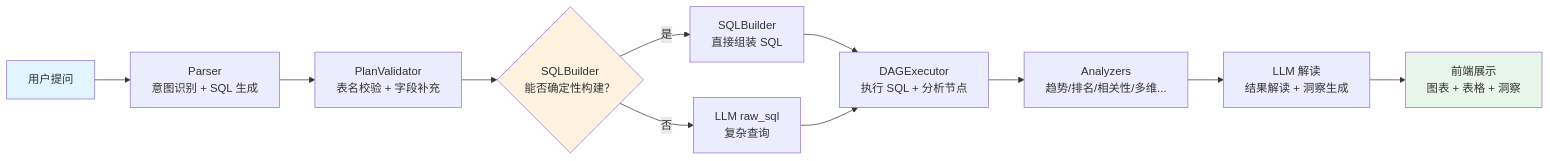
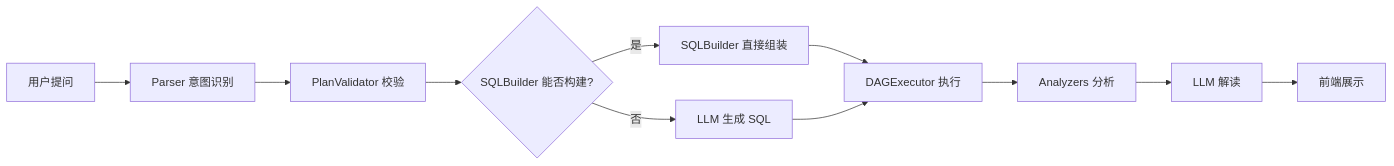
One commit to laiyanwan185-debug/chatbi-agent changed the diagram in README.md. Above: the diagram before and after it, drawn with Mermaid.

Commit message:
fix: 修复 Mermaid 架构图渲染问题

````diff
--- a/README.md
+++ b/README.md
@@ -78,17 +78,13 @@
 ```mermaid
 graph LR
-    A["用户提问"] --> B["Parser<br/>意图识别 + SQL 生成"]
-    B --> C["PlanValidator<br/>表名校验 + 字段补充"]
-    C --> D{"SQLBuilder<br/>能否确定性构建？"}
-    D -->|是| E["SQLBuilder<br/>直接组装 SQL"]
-    D -->|否| F["LLM raw_sql<br/>复杂查询"]
-    E --> G["DAGExecutor<br/>执行 SQL + 分析节点"]
+    A[用户提问] --> B[Parser 意图识别]
+    B --> C[PlanValidator 校验]
+    C --> D{SQLBuilder 能否构建?}
+    D -->|是| E[SQLBuilder 直接组装]
+    D -->|否| F[LLM 生成 SQL]
+    E --> G[DAGExecutor 执行]
     F --> G
-    G --> H["Analyzers<br/>趋势/排名/相关性/多维..."]
-    H --> I["LLM 解读<br/>结果解读 + 洞察生成"]
-    I --> J["前端展示<br/>图表 + 表格 + 洞察"]
-
-    style A fill:#e1f5fe
-    style J fill:#e8f5e9
-    style D fill:#fff3e0
+    G --> H[Analyzers 分析]
+    H --> I[LLM 解读]
+    I --> J[前端展示]
 ```
````
